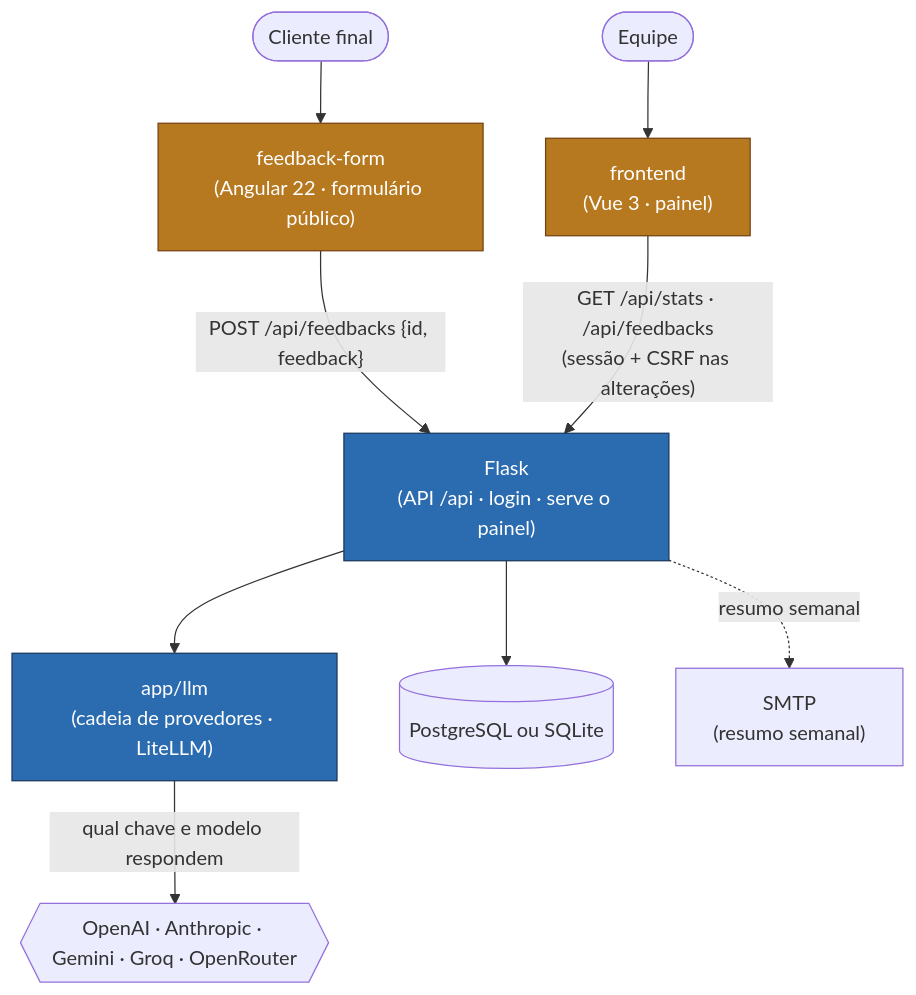
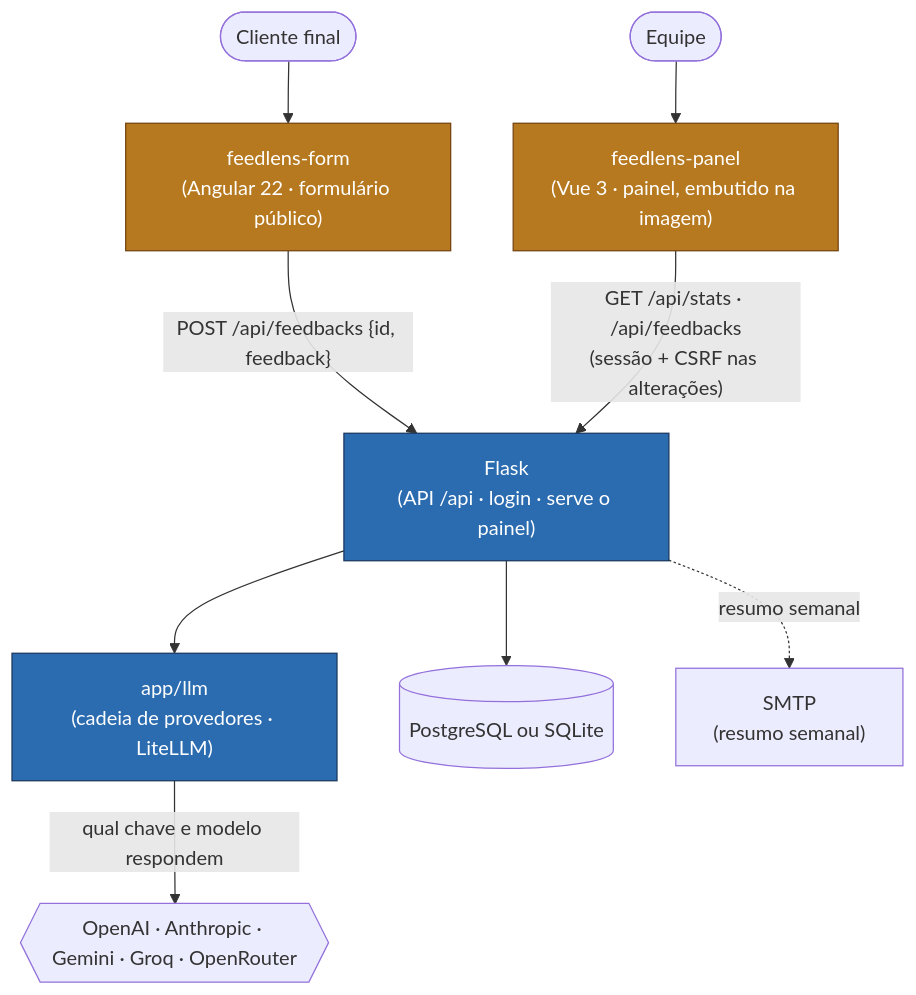
One commit to IannCarvalho/feedlens changed the first of 2 diagrams in ARCHITECTURE.md. Above: the diagram before and after it, drawn with Mermaid. The commit also changed other lines of this file and 79 other files, not shown here.

First line of the commit message:
refactor: remove frontend/ e feedback-form/ (agora em feedlens-panel e feedlens-form) (#57)

````diff
--- a/ARCHITECTURE.md
+++ b/ARCHITECTURE.md
@@ -33,26 +56,26 @@
 ```mermaid
 flowchart TD
     customer([Cliente final])
     team([Equipe])
-    form["feedback-form<br/>(Angular 22 · formulário público)"]
-    panel["frontend<br/>(Vue 3 · painel)"]
+    form["feedlens-form<br/>(Angular 22 · formulário público)"]
+    panel["feedlens-panel<br/>(Vue 3 · painel, embutido na imagem)"]
     api["Flask<br/>(API /api · login · serve o painel)"]
     llmlayer["app/llm<br/>(cadeia de provedores · LiteLLM)"]
     llm{{"OpenAI · Anthropic · Gemini · Groq · OpenRouter"}}
     db[("PostgreSQL ou SQLite")]
     mail["SMTP<br/>(resumo semanal)"]
 
     customer --> form
     form -- "POST /api/feedbacks {id, feedback}" --> api
     team --> panel
     panel -- "GET /api/stats · /api/feedbacks<br/>(sessão + CSRF nas alterações)" --> api
     api --> llmlayer
     llmlayer -- "qual chave e modelo respondem" --> llm
     api --> db
     api -. resumo semanal .-> mail
 
     classDef py fill:#2b6cb0,stroke:#1a365d,color:#fff;
     classDef js fill:#b7791f,stroke:#744210,color:#fff;
     class api,llmlayer py;
     class form,panel js;
 ```
````
